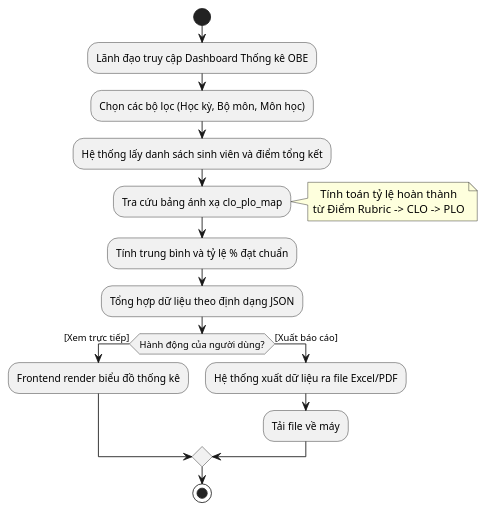
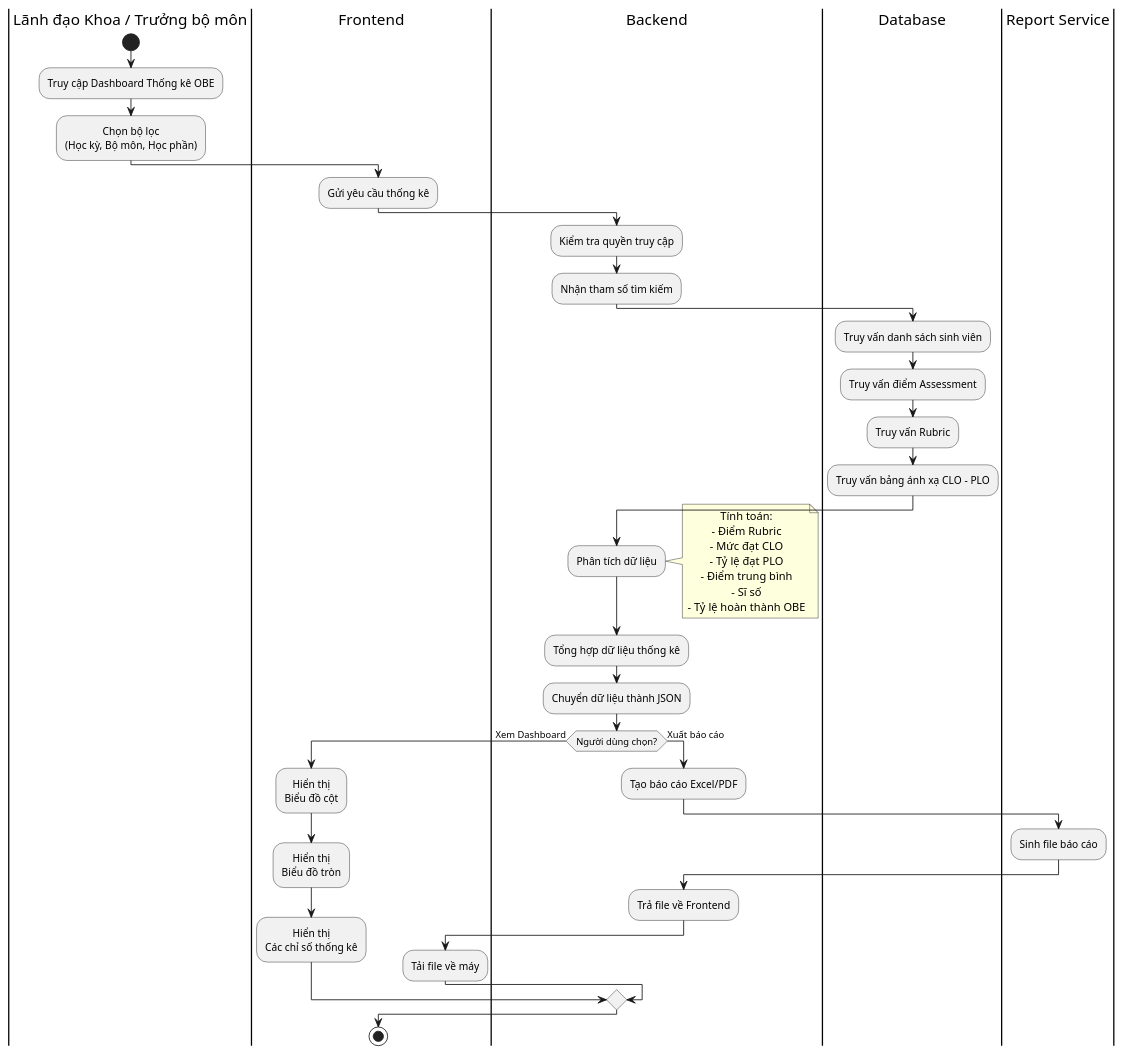
The diagram in eureka-server/eureka-server/src/main/java/hcmuaf/edu/vn/fit/rubric/plantUML/activityTeacher/OverviewAnOBE.puml (thanhthanh123vn/Rubric_Thanh_Duc_2025_2026), drawn with PlantUML before and after one commit. The commit also changed 22 other files, not shown here.

```diff
--- a/eureka-server/eureka-server/src/main/java/hcmuaf/edu/vn/fit/rubric/plantUML/activityTeacher/OverviewAnOBE.puml
+++ b/eureka-server/eureka-server/src/main/java/hcmuaf/edu/vn/fit/rubric/plantUML/activityTeacher/OverviewAnOBE.puml
@@ -1,21 +1,66 @@
 @startuml
 skinparam defaultTextAlignment center
+
+|Lãnh đạo Khoa / Trưởng bộ môn|
 start
-:Lãnh đạo truy cập Dashboard Thống kê OBE;
-:Chọn các bộ lọc (Học kỳ, Bộ môn, Môn học);
-:Hệ thống lấy danh sách sinh viên và điểm tổng kết;
-:Tra cứu bảng ánh xạ clo_plo_map;
+:Truy cập Dashboard Thống kê OBE;
+:Chọn bộ lọc
+(Học kỳ, Bộ môn, Học phần);
+
+|Frontend|
+:Gửi yêu cầu thống kê;
+
+|Backend|
+:Kiểm tra quyền truy cập;
+:Nhận tham số tìm kiếm;
+
+|Database|
+:Truy vấn danh sách sinh viên;
+:Truy vấn điểm Assessment;
+:Truy vấn Rubric;
+:Truy vấn bảng ánh xạ CLO - PLO;
+
+|Backend|
+:Phân tích dữ liệu;
+
 note right
-  Tính toán tỷ lệ hoàn thành
-  từ Điểm Rubric -> CLO -> PLO
+Tính toán:
+- Điểm Rubric
+- Mức đạt CLO
+- Tỷ lệ đạt PLO
+- Điểm trung bình
+- Sĩ số
+- Tỷ lệ hoàn thành OBE
 end note
-:Tính trung bình và tỷ lệ % đạt chuẩn;
-:Tổng hợp dữ liệu theo định dạng JSON;
-if (Hành động của người dùng?) then ([Xem trực tiếp])
-  :Frontend render biểu đồ thống kê;
-else ([Xuất báo cáo])
-  :Hệ thống xuất dữ liệu ra file Excel/PDF;
-  :Tải file về máy;
+
+:Tổng hợp dữ liệu thống kê;
+:Chuyển dữ liệu thành JSON;
+
+if (Người dùng chọn?) then (Xem Dashboard)
+
+|Frontend|
+:Hiển thị
+Biểu đồ cột;
+:Hiển thị
+Biểu đồ tròn;
+:Hiển thị
+Các chỉ số thống kê;
+
+else (Xuất báo cáo)
+
+|Backend|
+:Tạo báo cáo Excel/PDF;
+
+|Report Service|
+:Sinh file báo cáo;
+
+|Backend|
+:Trả file về Frontend;
+
+|Frontend|
+:Tải file về máy;
+
 endif
+
 stop
 @enduml
```
